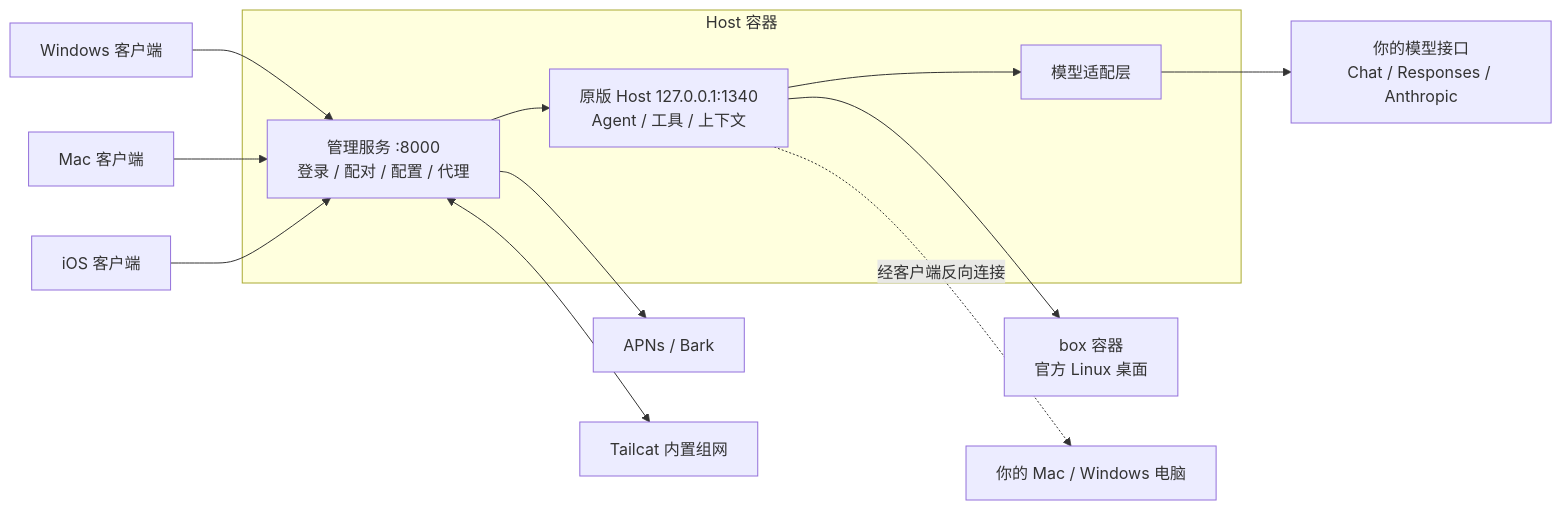
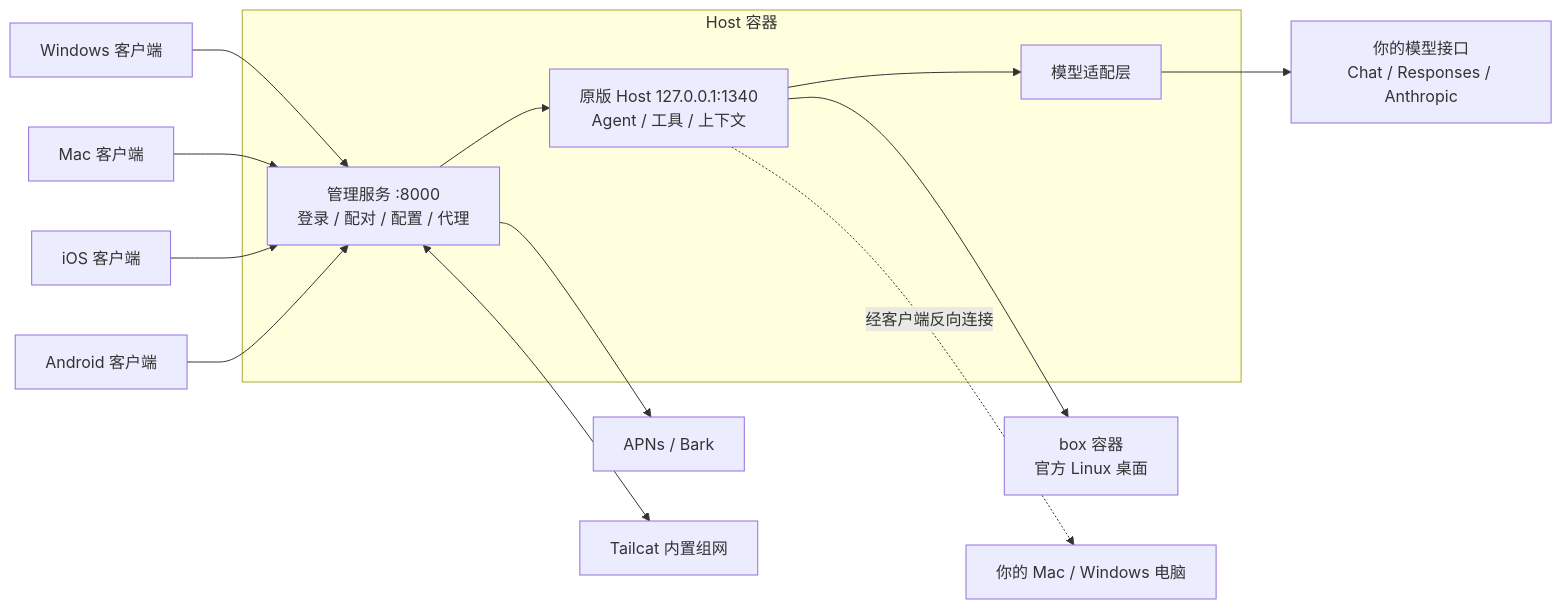
The diagram in docs/ARCHITECTURE.md (ferretgeek/prokbot-plus), drawn with Mermaid before and after one commit. The commit also changed other lines of this file and 88 other files, not shown here.

````diff
--- a/docs/ARCHITECTURE.md
+++ b/docs/ARCHITECTURE.md
@@ -17,15 +17,16 @@
 ```mermaid
 flowchart LR
   Win[Windows 客户端] --> Admin
   Mac[Mac 客户端] --> Admin
   iOS[iOS 客户端] --> Admin
+  And[Android 客户端] --> Admin
   subgraph Host 容器
     Admin[管理服务 :8000<br/>登录 / 配对 / 配置 / 代理] --> Core[原版 Host 127.0.0.1:1340<br/>Agent / 工具 / 上下文]
     Core --> Adapter[模型适配层]
   end
   Adapter --> Model[你的模型接口<br/>Chat / Responses / Anthropic]
   Core --> Box[box 容器<br/>官方 Linux 桌面]
   Core -.经客户端反向连接.-> PC[你的 Mac / Windows 电脑]
   Admin --> Push[APNs / Bark]
   Admin <--> Tailcat[Tailcat 内置组网]
 ```
````
